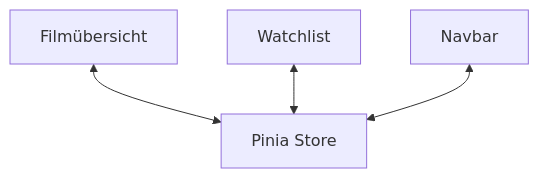
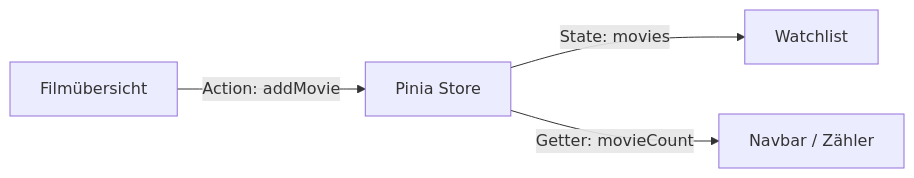
The second of 2 diagrams in slides.md (ReemxA/pinia-presentation), drawn with Mermaid before and after one commit. The commit also changed other lines of this file and 6 other files, not shown here.

````diff
--- a/slides.md
+++ b/slides.md
@@ -58,10 +102,6 @@
-```mermaid
-flowchart TD
-  S["Pinia Store"]
-  A["Filmübersicht"]
-  B["Watchlist"]
-  C["Navbar"]
-  A <--> S
-  B <--> S
-  C <--> S
+```mermaid {scale: 0.95}
+flowchart LR
+  A["Filmübersicht"] -->|Action: addMovie| S["Pinia Store"]
+  S -->|State: movies| B["Watchlist"]
+  S -->|Getter: movieCount| C["Navbar / Zähler"]
 ```
````
